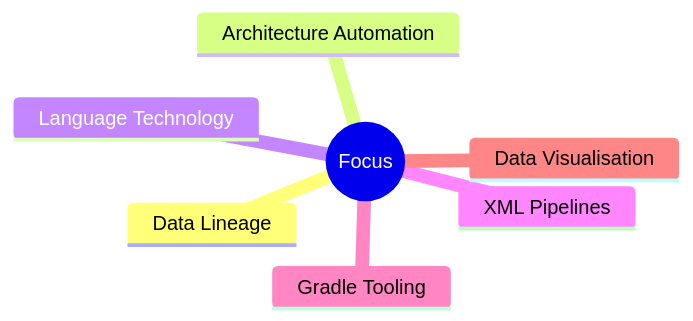
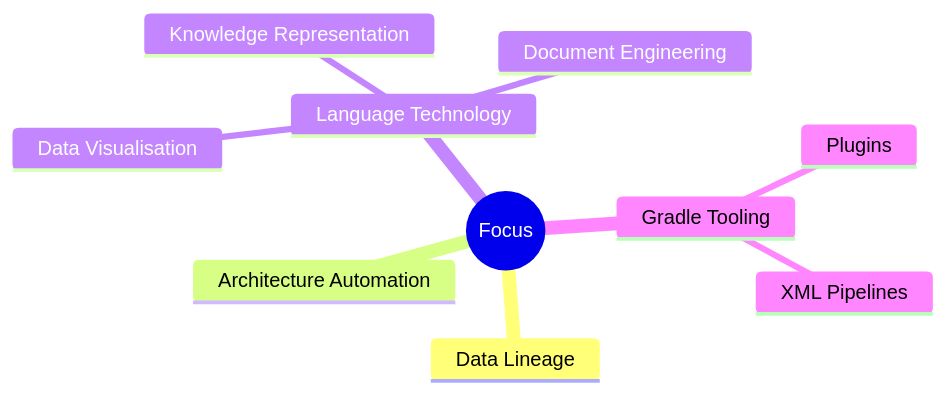
One commit to jurgenei/jurgenei changed the diagram in README.md. Above: the diagram before and after it, drawn with Mermaid. The commit also changed other lines of this file, not shown here.

Commit message:
updated mindmap

````diff
--- a/README.md
+++ b/README.md
@@ -7,10 +11,13 @@
 ```mermaid
 mindmap
   root((Focus))
     Data Lineage
     Architecture Automation
     Language Technology
-    XML Pipelines
+       Data Visualisation
+       Knowledge Representation
+       Document Engineering
     Gradle Tooling
-    Data Visualisation
+       Plugins
+       XML Pipelines
 ```
````
